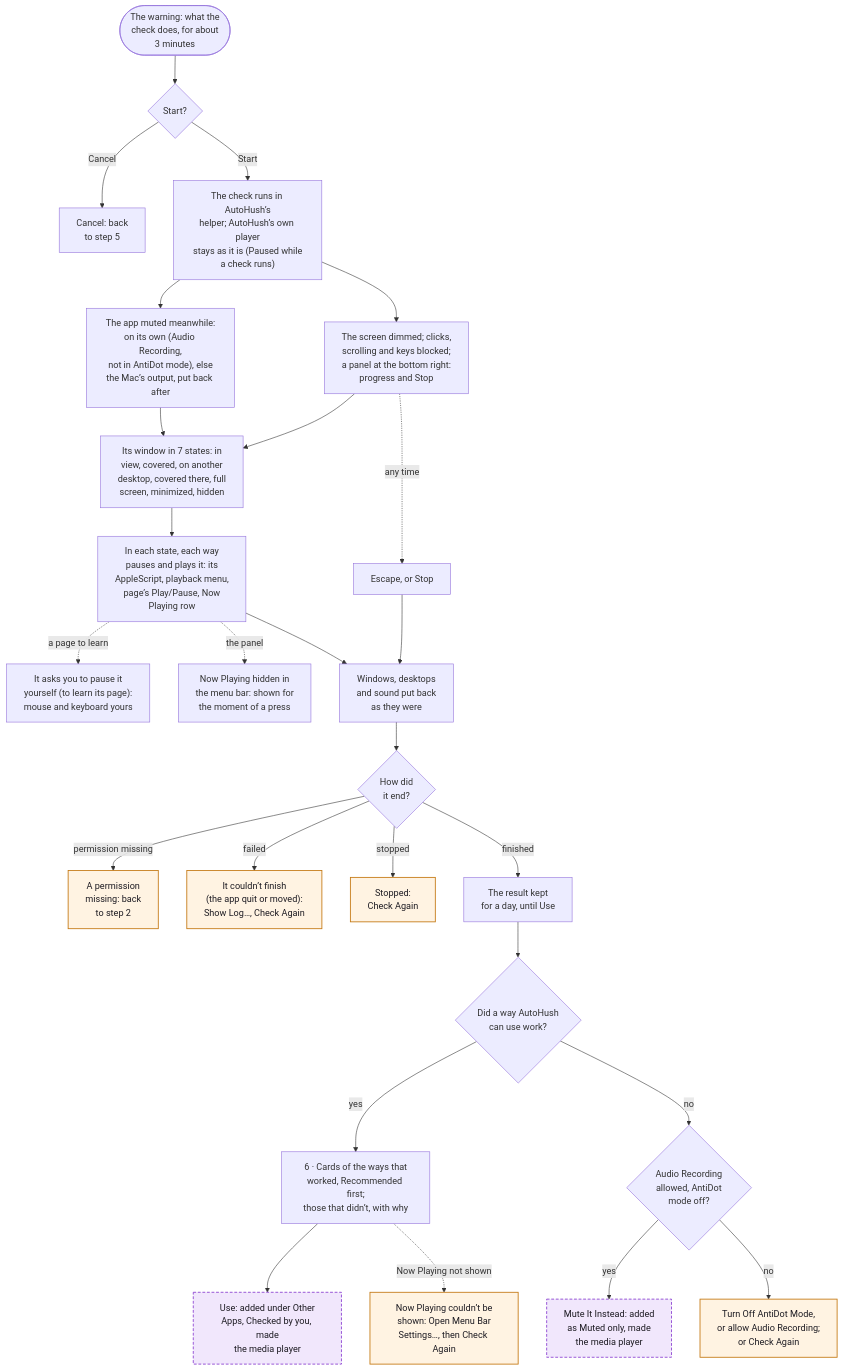
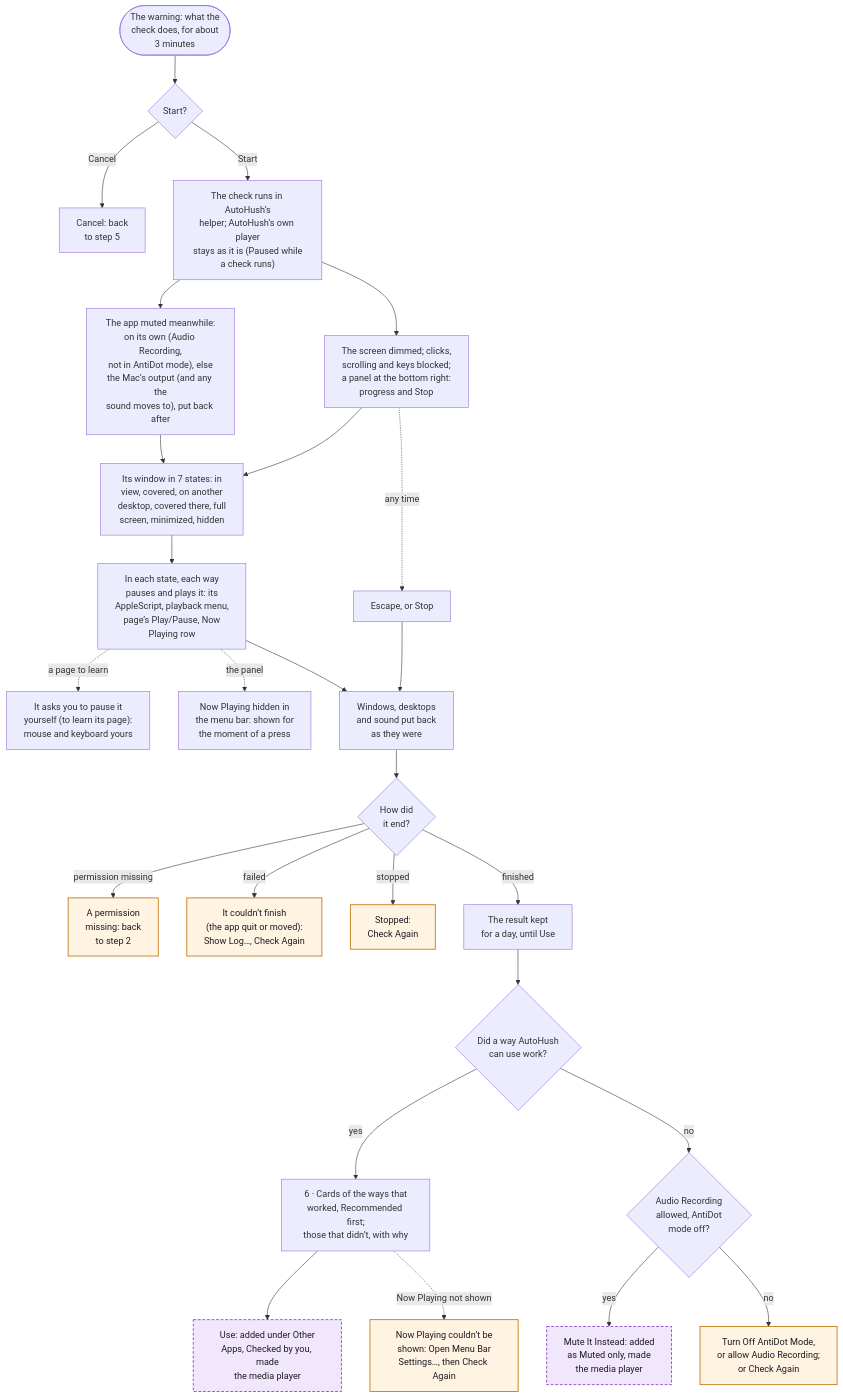
Before and after one commit to hfustercabre/AutoHush: the tenth of 14 diagrams in WORKFLOWS.md, drawn with Mermaid. The commit also changed other lines of this file and 75 other files, not shown here.

````diff
--- a/WORKFLOWS.md
+++ b/WORKFLOWS.md
@@ -489,56 +489,56 @@
 ```mermaid
 flowchart TD
   WARN(["The warning: what the<br/>check does, for about<br/>3 minutes"])
   GO{"Start?"}
   BACK["Cancel: back<br/>to step 5"]
   RUN["The check runs in AutoHush’s<br/>helper; AutoHush’s own player<br/>stays as it is (Paused while<br/>a check runs)"]
   BLOCK["The screen dimmed; clicks,<br/>scrolling and keys blocked;<br/>a panel at the bottom right:<br/>progress and Stop"]
-  MUTE["The app muted meanwhile:<br/>on its own (Audio Recording,<br/>not in AntiDot mode), else<br/>the Mac’s output, put back after"]
+  MUTE["The app muted meanwhile:<br/>on its own (Audio Recording,<br/>not in AntiDot mode), else<br/>the Mac’s output (and any the<br/>sound moves to), put back after"]
   STATES["Its window in 7 states: in<br/>view, covered, on another<br/>desktop, covered there, full<br/>screen, minimized, hidden"]
   WAYS["In each state, each way<br/>pauses and plays it: its<br/>AppleScript, playback menu,<br/>page’s Play/Pause, Now<br/>Playing row"]
   ASK["It asks you to pause it<br/>yourself (to learn its page):<br/>mouse and keyboard yours"]
   SHOW["Now Playing hidden in<br/>the menu bar: shown for<br/>the moment of a press"]
   STOP["Escape, or Stop"]
   PUT["Windows, desktops<br/>and sound put back<br/>as they were"]
   HOW{"How did<br/>it end?"}
   PERM["A permission<br/>missing: back<br/>to step 2"]
   FAIL["It couldn’t finish<br/>(the app quit or moved):<br/>Show Log…, Check Again"]
   STOPPED["Stopped:<br/>Check Again"]
   KEEP["The result kept<br/>for a day, until Use"]
   ANY{"Did a way AutoHush<br/>can use work?"}
   CARDS["6 · Cards of the ways that<br/>worked, Recommended first;<br/>those that didn’t, with why"]
   USE["Use: added under Other<br/>Apps, Checked by you, made<br/>the media player"]
   NPH["Now Playing couldn’t be<br/>shown: Open Menu Bar<br/>Settings…, then Check Again"]
   MUT{"Audio Recording<br/>allowed, AntiDot<br/>mode off?"}
   MII["Mute It Instead: added<br/>as Muted only, made<br/>the media player"]
   ANTI["Turn Off AntiDot Mode,<br/>or allow Audio Recording;<br/>or Check Again"]
 
   WARN --> GO
   GO -->|"Cancel"| BACK
   GO -->|"Start"| RUN
   RUN --> BLOCK
   RUN --> MUTE
   BLOCK --> STATES
   MUTE --> STATES
   STATES --> WAYS
   WAYS -.->|"a page to learn"| ASK
   WAYS -.->|"the panel"| SHOW
   BLOCK -.->|"any time"| STOP
   STOP --> PUT
   WAYS --> PUT
   PUT --> HOW
   HOW -->|"finished"| KEEP --> ANY
   HOW -->|"permission missing"| PERM
   HOW -->|"failed"| FAIL
   HOW -->|"stopped"| STOPPED
   ANY -->|"yes"| CARDS --> USE
   CARDS -.->|"Now Playing not shown"| NPH
   ANY -->|"no"| MUT
   MUT -->|"yes"| MII
   MUT -->|"no"| ANTI
 
   class USE,MII ref
   class FAIL,STOPPED,PERM,NPH,ANTI warn
   classDef ref fill:#f1e7fc,stroke:#8a3fd1,stroke-width:1.5px,stroke-dasharray: 5 3,color:#1d1b22
   classDef warn fill:#fff3e2,stroke:#c47812,stroke-width:1.5px,color:#1d1b22
 ```
````
